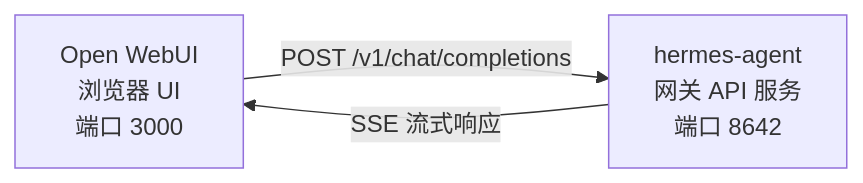
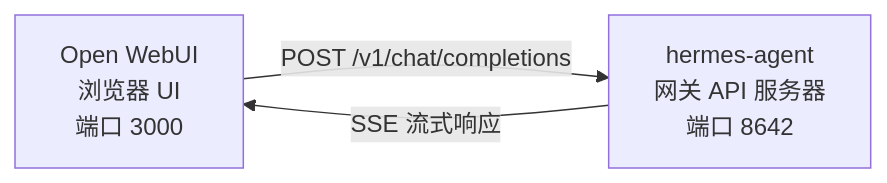
Before and after one commit to dracohu2025-cloud/hermes-agent: the diagram in site/docs/user-guide/messaging/open-webui.md, drawn with Mermaid. The commit also changed other lines of this file and 36 other files, not shown here.

````diff
--- a/site/docs/user-guide/messaging/open-webui.md
+++ b/site/docs/user-guide/messaging/open-webui.md
@@ -13,7 +13,7 @@
 ```mermaid
 flowchart LR
     A["Open WebUI<br/>浏览器 UI<br/>端口 3000"]
-    B["hermes-agent<br/>网关 API 服务<br/>端口 8642"]
+    B["hermes-agent<br/>网关 API 服务器<br/>端口 8642"]
     A -->|POST /v1/chat/completions| B
     B -->|SSE 流式响应| A
 ```
````
